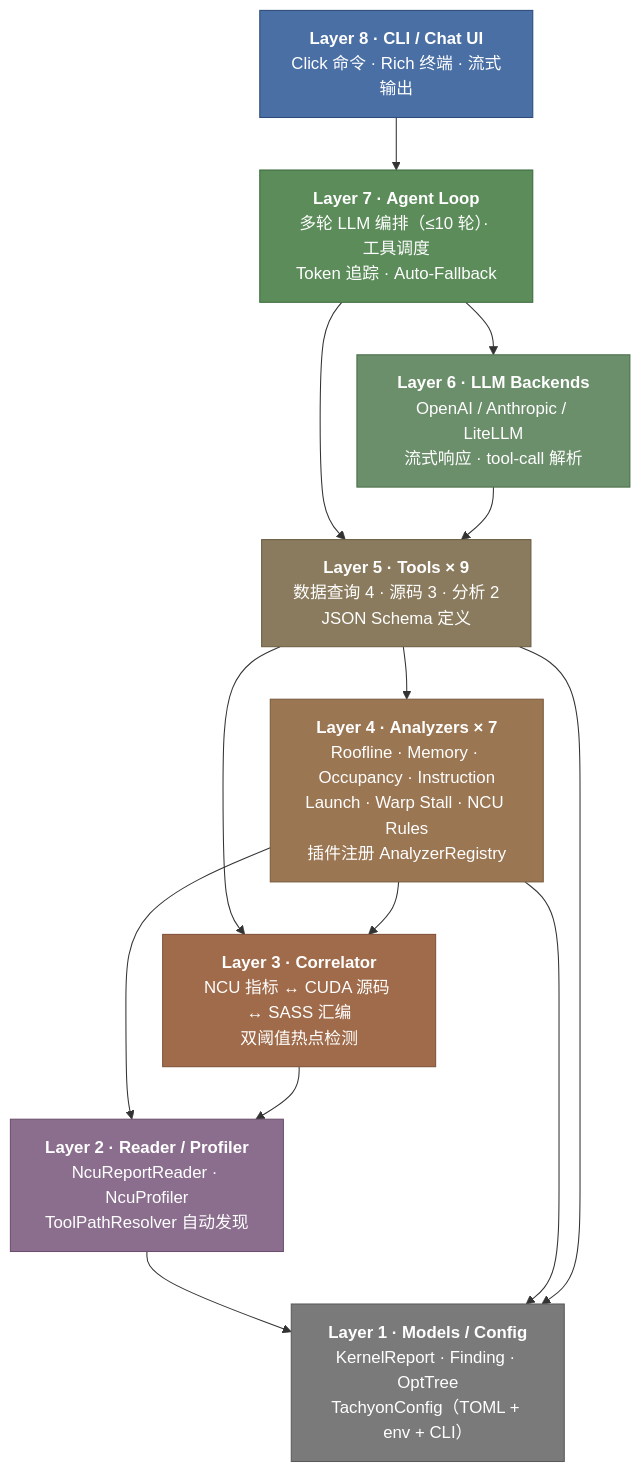
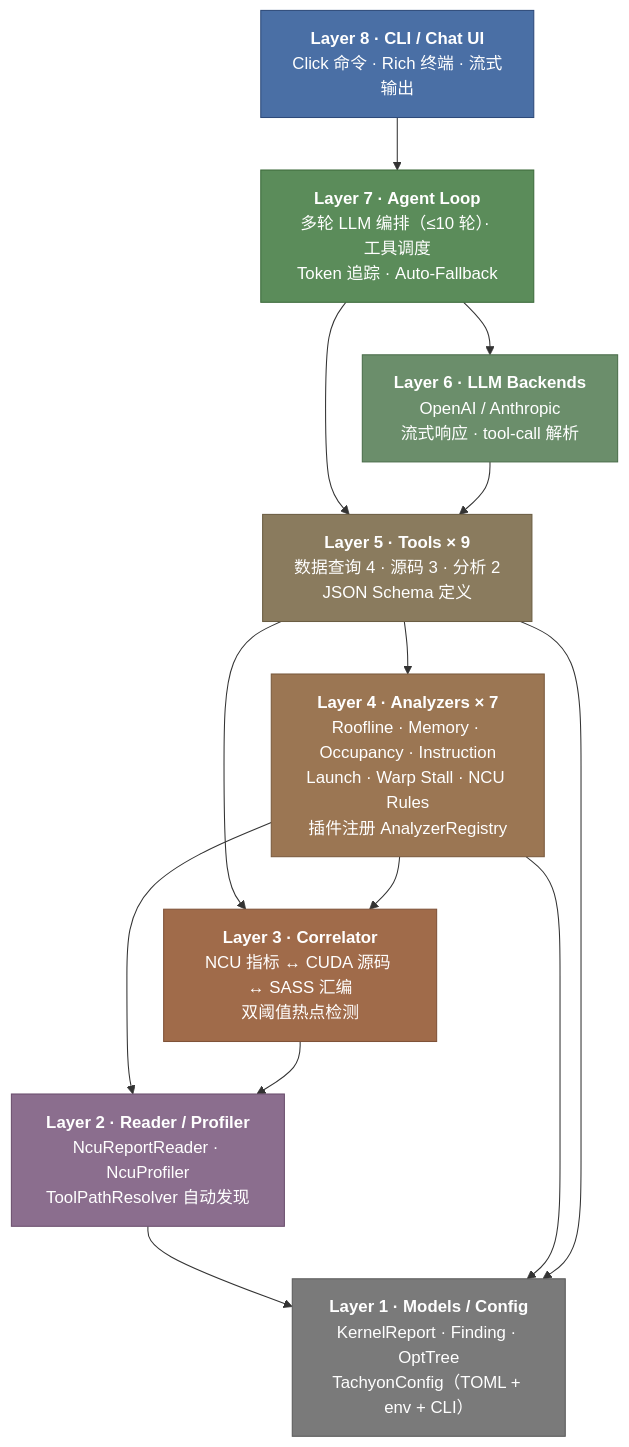
The first of 5 diagrams in docs/architecture.md (Enigmatisms/tachyon), drawn with Mermaid before and after one commit. The commit also changed other lines of this file and 32 other files, not shown here.

````diff
--- a/docs/architecture.md
+++ b/docs/architecture.md
@@ -33,33 +33,33 @@
 ```mermaid
 graph TD
     L8["<b>Layer 8 · CLI / Chat UI</b><br/>Click 命令 · Rich 终端 · 流式输出"]
     L7["<b>Layer 7 · Agent Loop</b><br/>多轮 LLM 编排（≤10 轮）· 工具调度<br/>Token 追踪 · Auto-Fallback"]
-    L6["<b>Layer 6 · LLM Backends</b><br/>OpenAI / Anthropic / LiteLLM<br/>流式响应 · tool-call 解析"]
+    L6["<b>Layer 6 · LLM Backends</b><br/>OpenAI / Anthropic<br/>流式响应 · tool-call 解析"]
     L5["<b>Layer 5 · Tools × 9</b><br/>数据查询 4 · 源码 3 · 分析 2<br/>JSON Schema 定义"]
     L4["<b>Layer 4 · Analyzers × 7</b><br/>Roofline · Memory · Occupancy · Instruction<br/>Launch · Warp Stall · NCU Rules<br/>插件注册 AnalyzerRegistry"]
     L3["<b>Layer 3 · Correlator</b><br/>NCU 指标 ↔ CUDA 源码 ↔ SASS 汇编<br/>双阈值热点检测"]
     L2["<b>Layer 2 · Reader / Profiler</b><br/>NcuReportReader · NcuProfiler<br/>ToolPathResolver 自动发现"]
     L1["<b>Layer 1 · Models / Config</b><br/>KernelReport · Finding · OptTree<br/>TachyonConfig（TOML + env + CLI）"]
 
     L8 --> L7
     L7 --> L6
     L7 --> L5
     L6 --> L5
     L5 --> L4
     L5 --> L3
     L4 --> L3
     L4 --> L2
     L3 --> L2
     L2 --> L1
     L4 --> L1
     L5 --> L1
 
     style L8 fill:#4a6fa5,stroke:#2d4a7a,color:#fff
     style L7 fill:#5b8c5a,stroke:#3d6b3c,color:#fff
     style L6 fill:#6b8e6b,stroke:#4a6d4a,color:#fff
     style L5 fill:#8a7b5e,stroke:#6b5d42,color:#fff
     style L4 fill:#9b7653,stroke:#7a5a3d,color:#fff
     style L3 fill:#a06b4a,stroke:#7f5238,color:#fff
     style L2 fill:#8b6e8e,stroke:#6b4f6e,color:#fff
     style L1 fill:#7a7a7a,stroke:#5a5a5a,color:#fff
 ```
````
